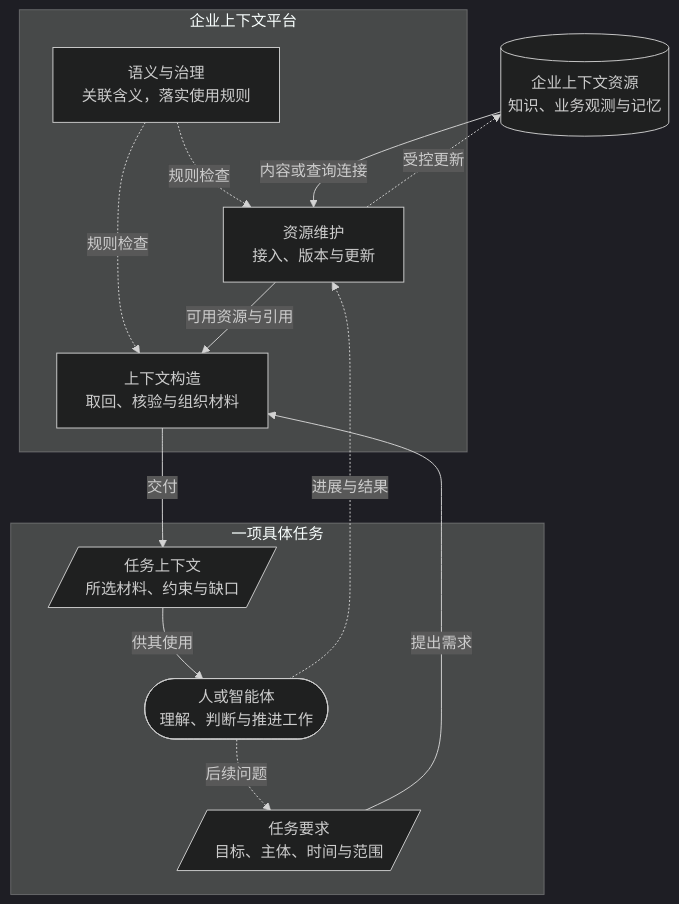
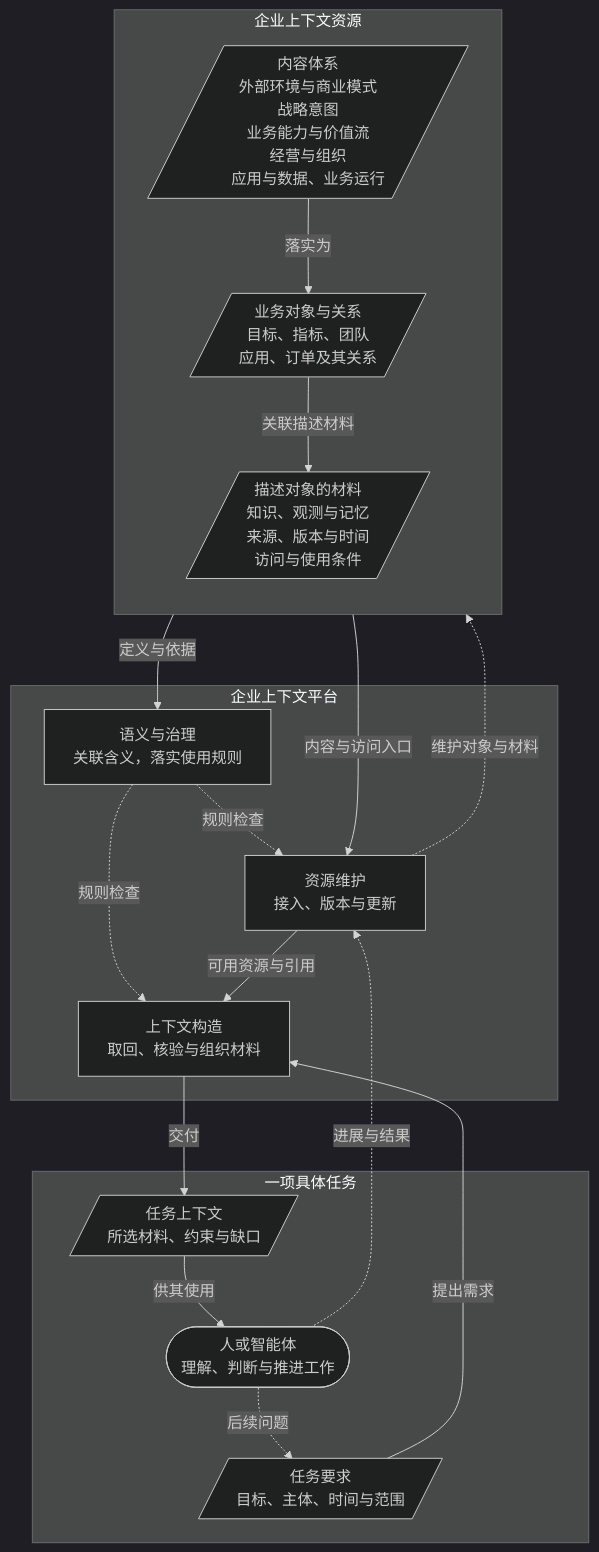
Before and after one commit to LENSHOOD/enterprise-context-book: the first of 2 diagrams in book/part-1/chapter-03.md, drawn with Mermaid (dark theme). The commit also changed other lines of this file and 3 other files, not shown here.

````diff
--- a/book/part-1/chapter-03.md
+++ b/book/part-1/chapter-03.md
@@ -9,24 +9,32 @@
 ```mermaid
 flowchart TB
-  R[("企业上下文资源<br/>知识、业务观测与记忆")]
+  subgraph R["企业上下文资源"]
+    direction TB
+    D[/"内容体系<br/>外部环境与商业模式<br/>战略意图<br/>业务能力与价值流<br/>经营与组织<br/>应用与数据、业务运行"/]
+    O[/"业务对象与关系<br/>目标、指标、团队<br/>应用、订单及其关系"/]
+    M[/"描述对象的材料<br/>知识、观测与记忆<br/>来源、版本与时间<br/>访问与使用条件"/]
+    D -->|落实为| O
+    O -->|关联描述材料| M
+  end
   subgraph P["企业上下文平台"]
     I["资源维护<br/>接入、版本与更新"]
     G["语义与治理<br/>关联含义，落实使用规则"]
     C["上下文构造<br/>取回、核验与组织材料"]
     G -.规则检查.-> I
     G -.规则检查.-> C
     I -->|可用资源与引用| C
   end
   subgraph T["一项具体任务"]
     Q[/"任务要求<br/>目标、主体、时间与范围"/]
     B[/"任务上下文<br/>所选材料、约束与缺口"/]
     A(["人或智能体<br/>理解、判断与推进工作"])
     B -->|供其使用| A
     A -.后续问题.-> Q
   end
-  R -->|内容或查询连接| I
+  M -->|内容与访问入口| I
+  M -->|定义与依据| G
   Q -->|提出需求| C
   C -->|交付| B
   A -.进展与结果.-> I
-  I -.受控更新.-> R
+  I -.维护对象与材料.-> O
 ```
````
